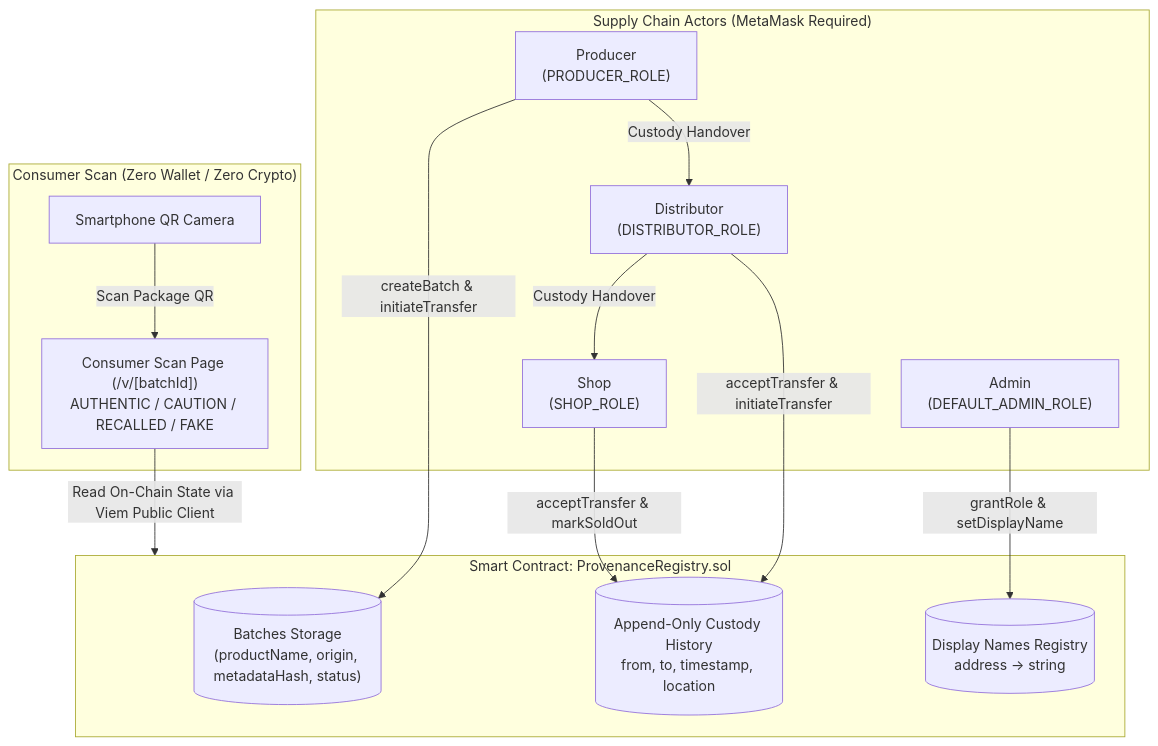
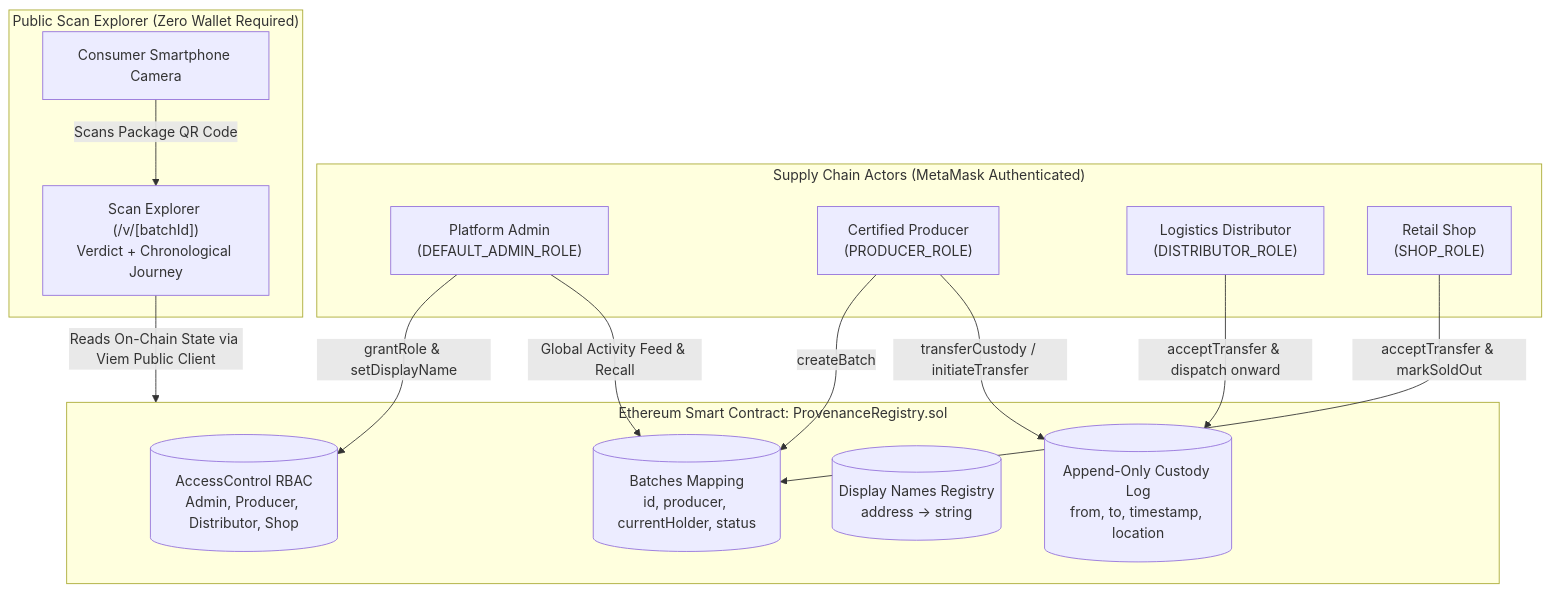
One commit to CSEC-Blockchain/ProvenanceChain changed the diagram in README.md. Above: the diagram before and after it, drawn with Mermaid. The commit also changed other lines of this file and 1 other file, not shown here.

Commit message:
feat: add global activity monitor & emergency recall to admin portal, update README

````diff
--- a/README.md
+++ b/README.md
@@ -22,30 +37,31 @@
 ```mermaid
 flowchart TD
-    subgraph Roles ["Supply Chain Actors (MetaMask Required)"]
-        ADMIN["Admin<br/>(DEFAULT_ADMIN_ROLE)"]
-        PRODUCER["Producer<br/>(PRODUCER_ROLE)"]
-        DISTRIBUTOR["Distributor<br/>(DISTRIBUTOR_ROLE)"]
-        SHOP["Shop<br/>(SHOP_ROLE)"]
+    subgraph Roles ["Supply Chain Actors (MetaMask Authenticated)"]
+        ADMIN["Platform Admin<br/>(DEFAULT_ADMIN_ROLE)"]
+        PRODUCER["Certified Producer<br/>(PRODUCER_ROLE)"]
+        DISTRIBUTOR["Logistics Distributor<br/>(DISTRIBUTOR_ROLE)"]
+        SHOP["Retail Shop<br/>(SHOP_ROLE)"]
     end
 
-    subgraph Contract ["Smart Contract: ProvenanceRegistry.sol"]
-        BATCHES[("Batches Storage<br/>(productName, origin, metadataHash, status)")]
-        CUSTODY[("Append-Only Custody History<br/>from, to, timestamp, location")]
+    subgraph Contract ["Ethereum Smart Contract: ProvenanceRegistry.sol"]
+        BATCHES[("Batches Mapping<br/>id, producer, currentHolder, status")]
+        HISTORY[("Append-Only Custody Log<br/>from, to, timestamp, location")]
         NAMES[("Display Names Registry<br/>address -> string")]
+        ROLES[("AccessControl RBAC<br/>Admin, Producer, Distributor, Shop")]
     end
 
-    subgraph PublicScan ["Consumer Scan (Zero Wallet / Zero Crypto)"]
-        PHONE["Smartphone QR Camera"]
-        VERDICT["Consumer Scan Page (/v/[batchId])<br/>AUTHENTIC / CAUTION / RECALLED / FAKE"]
+    subgraph PublicExplorer ["Public Scan Explorer (Zero Wallet Required)"]
+        PHONE["Consumer Smartphone Camera"]
+        SCANPAGE["Scan Explorer (/v/[batchId])<br/>Verdict + Chronological Journey"]
     end
 
-    ADMIN -->|grantRole & setDisplayName| NAMES
-    PRODUCER -->|createBatch & initiateTransfer| BATCHES
-    PRODUCER -->|Custody Handover| DISTRIBUTOR
-    DISTRIBUTOR -->|acceptTransfer & initiateTransfer| CUSTODY
-    DISTRIBUTOR -->|Custody Handover| SHOP
-    SHOP -->|acceptTransfer & markSoldOut| CUSTODY
+    ADMIN -->|grantRole & setDisplayName| ROLES
+    ADMIN -->|Global Activity Feed & Recall| BATCHES
+    PRODUCER -->|createBatch| BATCHES
+    PRODUCER -->|transferCustody / initiateTransfer| HISTORY
+    DISTRIBUTOR -->|acceptTransfer & dispatch onward| HISTORY
+    SHOP -->|acceptTransfer & markSoldOut| BATCHES
 
-    PHONE -->|Scan Package QR| VERDICT
-    VERDICT -->|Read On-Chain State via Viem Public Client| Contract
+    PHONE -->|Scans Package QR Code| SCANPAGE
+    SCANPAGE -->|Reads On-Chain State via Viem Public Client| Contract
 ```
````
